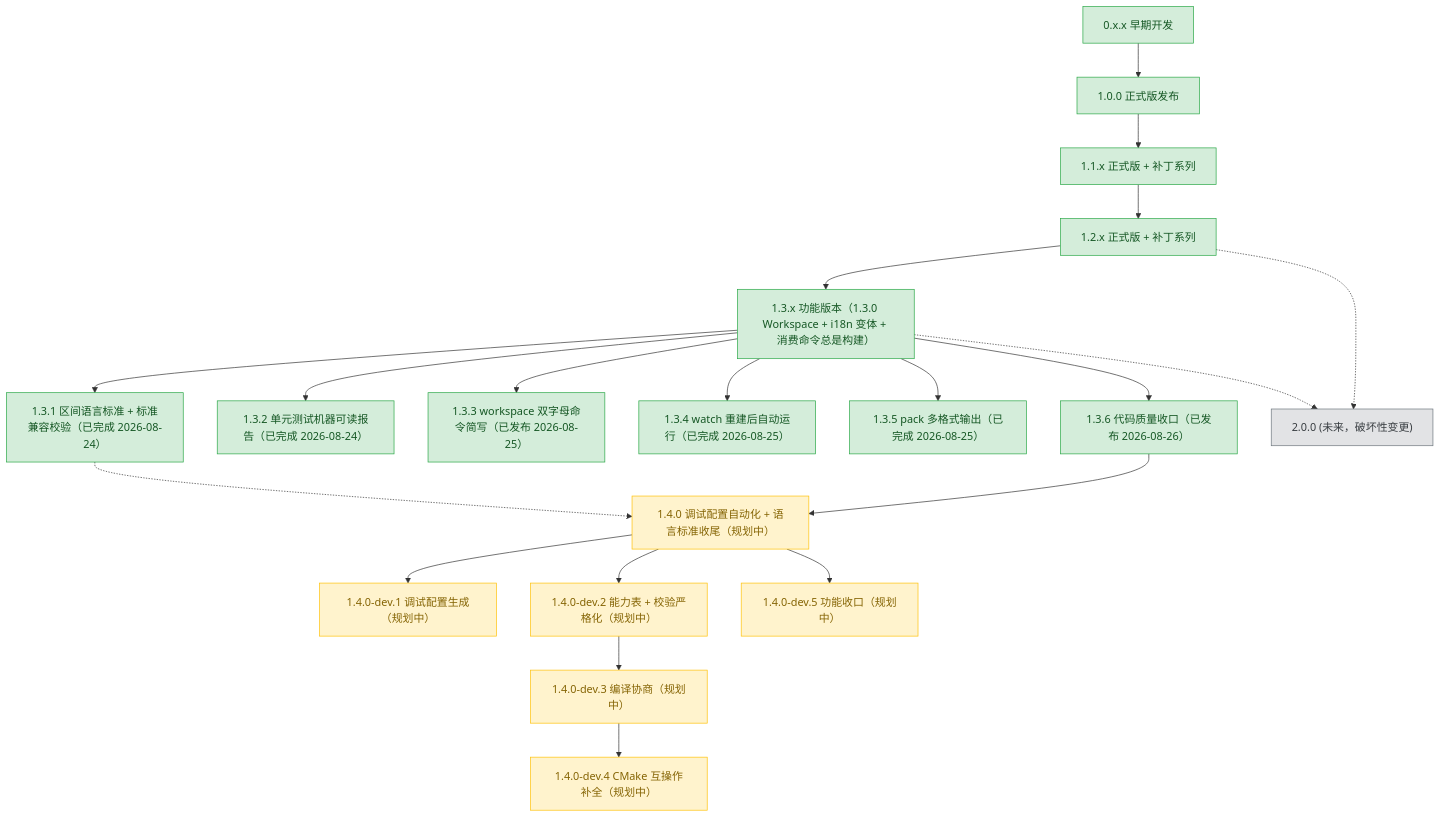
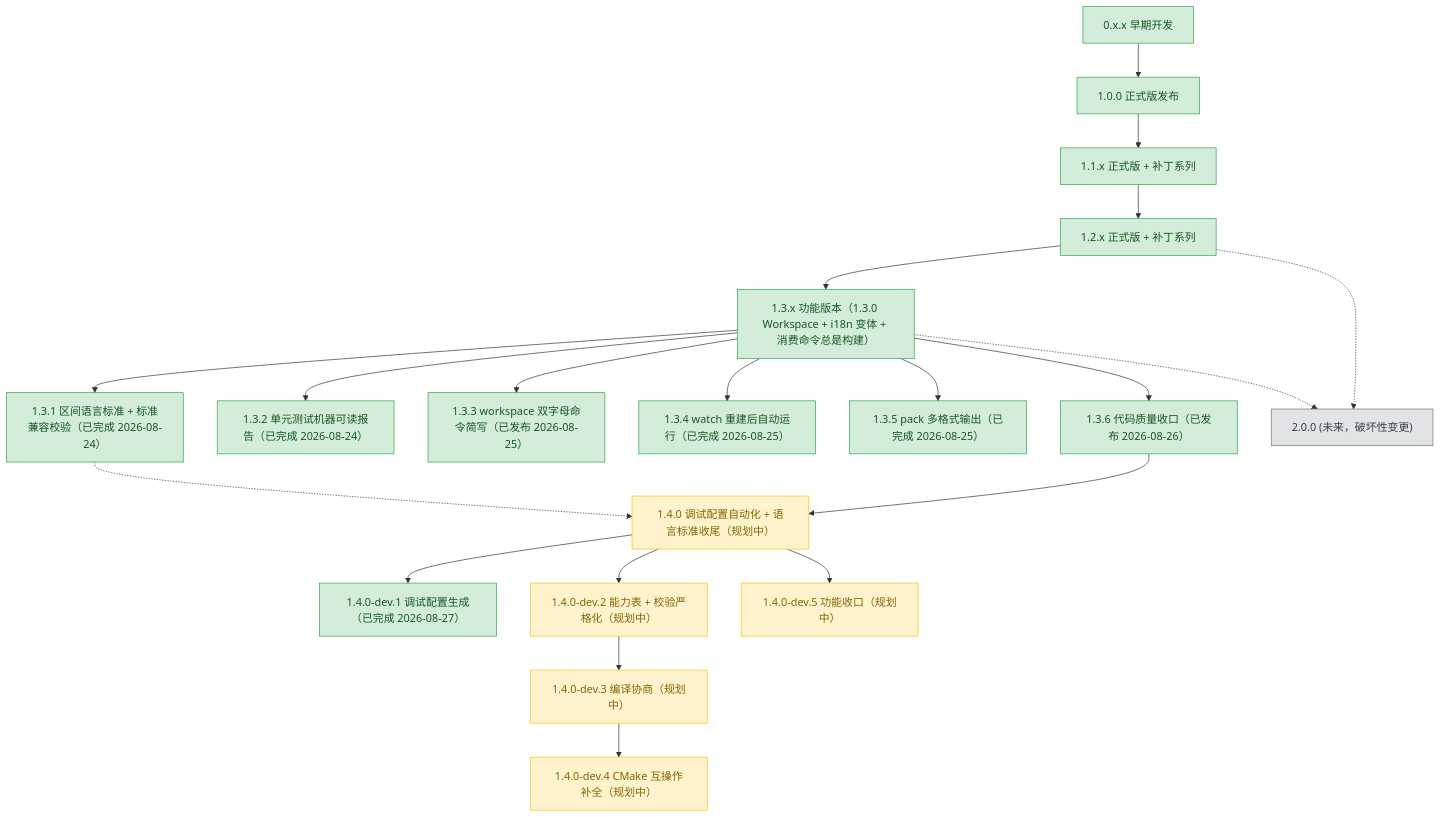
Before and after one commit to 3667808244/EazyMake: the diagram in plans/README.md, drawn with Mermaid. The commit also changed other lines of this file and 6 other files, not shown here.

````diff
--- a/plans/README.md
+++ b/plans/README.md
@@ -66,63 +66,63 @@
 ```mermaid
 graph TD
     v0xx["0.x.x 早期开发"]
     v100["1.0.0 正式版发布"]
     v11x["1.1.x 正式版 + 补丁系列"]
     v12x["1.2.x 正式版 + 补丁系列"]
     v13x["1.3.x 功能版本（1.3.0 Workspace + i18n 变体 + 消费命令总是构建）"]
     v131["1.3.1 区间语言标准 + 标准兼容校验（已完成 2026-08-24）"]
     v132["1.3.2 单元测试机器可读报告（已完成 2026-08-24）"]
     v133["1.3.3 workspace 双字母命令简写（已发布 2026-08-25）"]
     v134["1.3.4 watch 重建后自动运行（已完成 2026-08-25）"]
     v135["1.3.5 pack 多格式输出（已完成 2026-08-25）"]
     v136["1.3.6 代码质量收口（已发布 2026-08-26）"]
     v140["1.4.0 调试配置自动化 + 语言标准收尾（规划中）"]
-    v141["1.4.0-dev.1 调试配置生成（规划中）"]
+    v141["1.4.0-dev.1 调试配置生成（已完成 2026-08-27）"]
     v142["1.4.0-dev.2 能力表 + 校验严格化（规划中）"]
     v143["1.4.0-dev.3 编译协商（规划中）"]
     v144["1.4.0-dev.4 CMake 互操作补全（规划中）"]
     v145["1.4.0-dev.5 功能收口（规划中）"]
     v200["2.0.0 (未来，破坏性变更)"]
 
     v0xx --> v100
     v100 --> v11x
     v11x --> v12x
     v12x --> v13x
     v13x --> v131
     v13x --> v132
     v13x --> v133
     v13x --> v134
     v13x --> v135
     v13x --> v136
     v136 --> v140
     v140 --> v141
     v140 --> v142
     v142 --> v143
     v143 --> v144
     v140 --> v145
     v131 -.-> v140
     v12x -.-> v200
     v13x -.-> v200
 
     classDef done fill:#d4edda,stroke:#28a745,color:#155724;
     classDef active fill:#fff3cd,stroke:#ffc107,color:#856404;
     classDef todo fill:#e2e3e5,stroke:#6c757d,color:#383d41;
 
     class v0xx,v100 done;
     class v11x done;
     class v12x done;
     class v13x done;
     class v131 done;
     class v132 done;
     class v133 done;
     class v134 done;
     class v135 done;
     class v136 done;
     class v140 active;
-    class v141 active;
+    class v141 done;
     class v142 active;
     class v143 active;
     class v144 active;
     class v145 active;
     class v200 todo;
 ```
````
